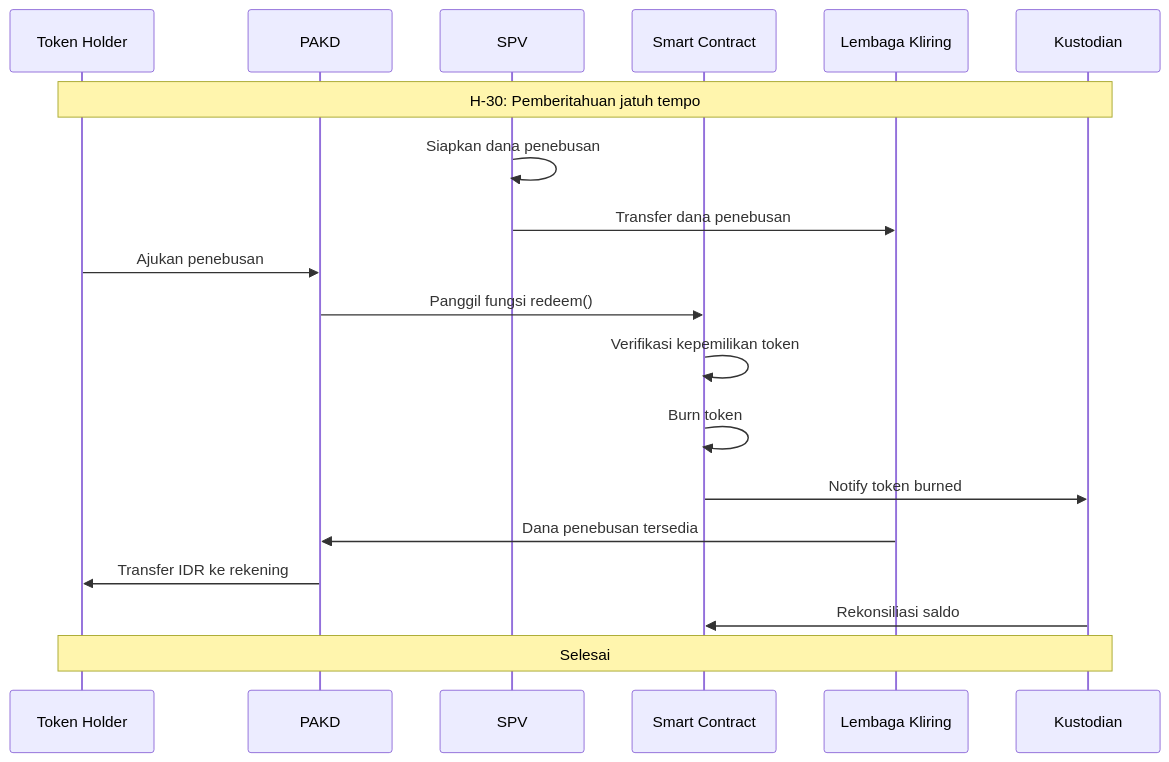
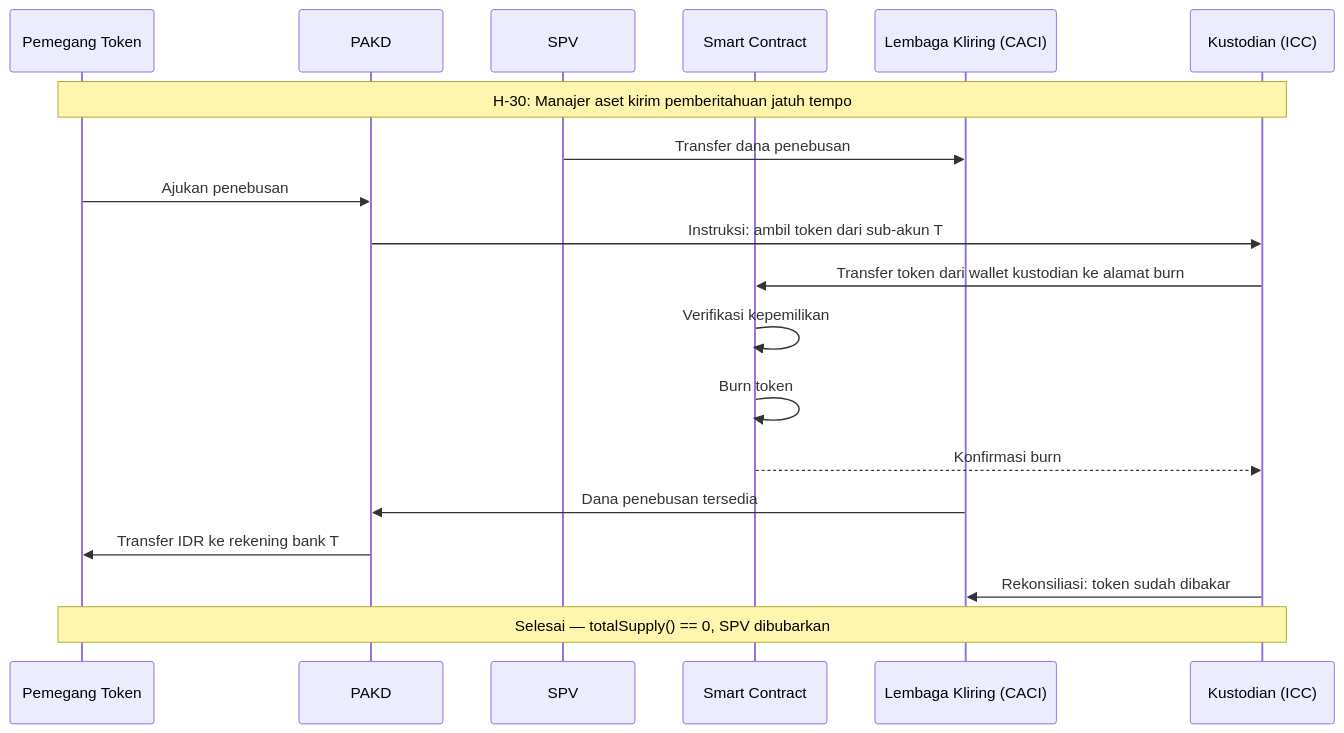
Before and after one commit to Reinhartsamuel/tokenization-playbook: the ninth of 10 diagrams in book/04-rwa-lifecycle.md, drawn with Mermaid. The commit also changed other lines of this file and 2 other files, not shown here.

````diff
--- a/book/04-rwa-lifecycle.md
+++ b/book/04-rwa-lifecycle.md
@@ -810,26 +1015,26 @@
 ```mermaid
 sequenceDiagram
-    participant T as Token Holder
+    participant T as Pemegang Token
     participant PAKD
     participant SPV
     participant SC as Smart Contract
-    participant KLR as Lembaga Kliring
-    participant KST as Kustodian
+    participant KLR as Lembaga Kliring (CACI)
+    participant KST as Kustodian (ICC)
     
-    Note over T,KST: H-30: Pemberitahuan jatuh tempo
+    Note over T,KST: H-30: Manajer aset kirim pemberitahuan jatuh tempo
     
-    SPV->>SPV: Siapkan dana penebusan
     SPV->>KLR: Transfer dana penebusan
     
     T->>PAKD: Ajukan penebusan
-    PAKD->>SC: Panggil fungsi redeem()
-    SC->>SC: Verifikasi kepemilikan token
+    PAKD->>KST: Instruksi: ambil token dari sub-akun T
+    KST->>SC: Transfer token dari wallet kustodian ke alamat burn
+    SC->>SC: Verifikasi kepemilikan
     SC->>SC: Burn token
-    SC->>KST: Notify token burned
+    SC-->>KST: Konfirmasi burn
     
     KLR->>PAKD: Dana penebusan tersedia
-    PAKD->>T: Transfer IDR ke rekening
+    PAKD->>T: Transfer IDR ke rekening bank T
     
-    KST->>SC: Rekonsiliasi saldo
-    Note over T,KST: Selesai
+    KST->>KLR: Rekonsiliasi: token sudah dibakar
+    Note over T,KST: Selesai — totalSupply() == 0, SPV dibubarkan
 ```
````
